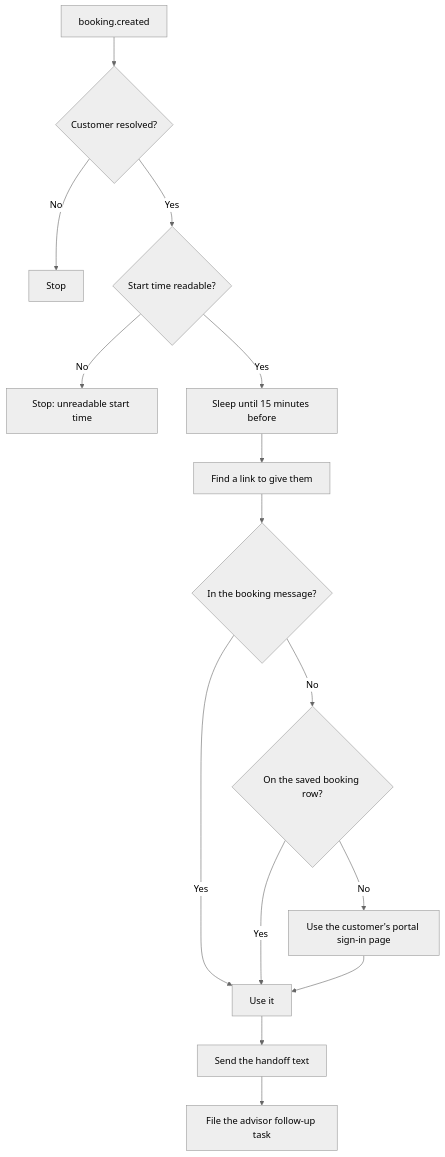
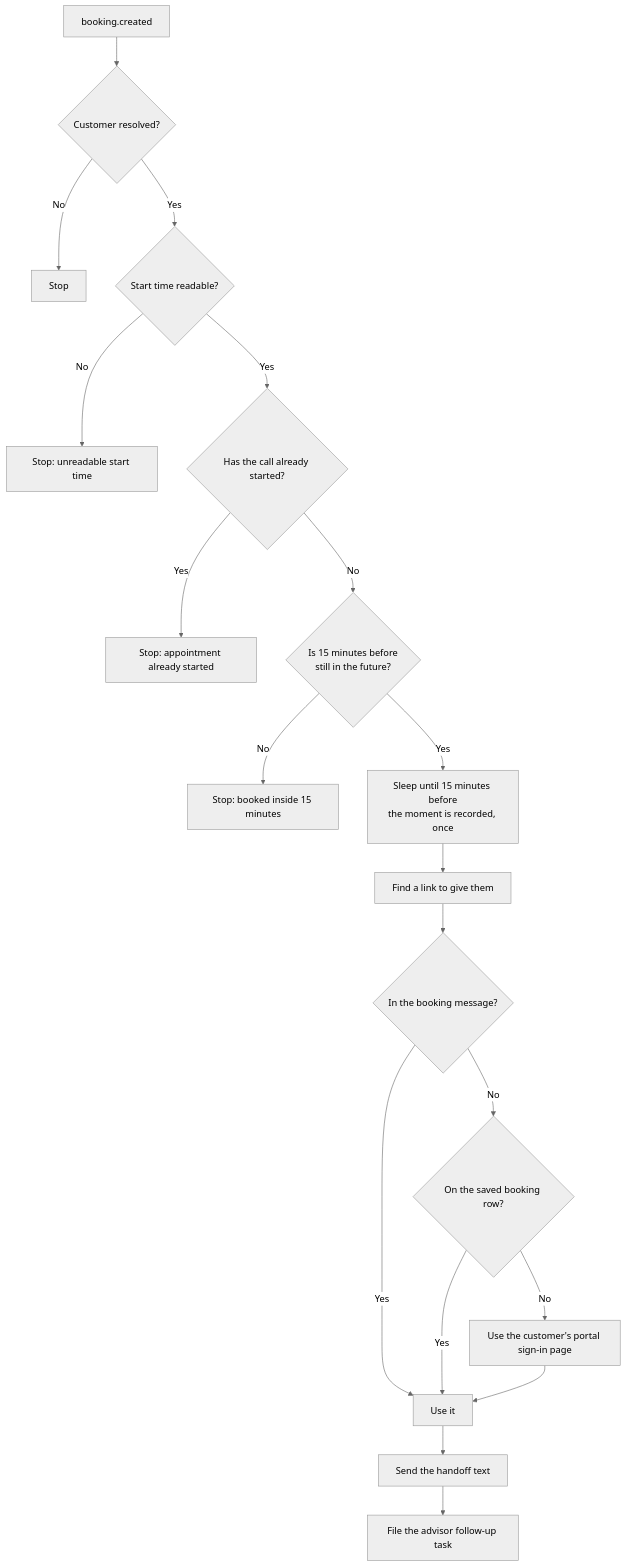
The fourth of 4 diagrams in docs/journeys/booking-notifications-flow.md (ZootimusMaximusSupreme/Fundhub_ai), drawn with Mermaid (neutral theme) before and after one commit. The commit also changed other lines of this file and 8 other files, not shown here.

````diff
--- a/docs/journeys/booking-notifications-flow.md
+++ b/docs/journeys/booking-notifications-flow.md
@@ -163,17 +175,21 @@
 ```mermaid
 flowchart TD
     B[booking.created] --> C{Customer resolved?}
     C -->|No| S0[Stop]
     C -->|Yes| ST{Start time readable?}
     ST -->|No| S1[Stop: unreadable start time]
-    ST -->|Yes| W[Sleep until 15 minutes before]
+    ST -->|Yes| PAST{Has the call already started?}
+    PAST -->|Yes| S2[Stop: appointment already started]
+    PAST -->|No| NEAR{Is 15 minutes before<br/>still in the future?}
+    NEAR -->|No| S3[Stop: booked inside 15 minutes]
+    NEAR -->|Yes| W[Sleep until 15 minutes before<br/>the moment is recorded, once]
     W --> L[Find a link to give them]
     L --> L1{In the booking message?}
     L1 -->|Yes| USE[Use it]
     L1 -->|No| L2{On the saved booking row?}
     L2 -->|Yes| USE
     L2 -->|No| L3[Use the customer's portal sign-in page]
     L3 --> USE
     USE --> TXT[Send the handoff text]
     TXT --> TASK[File the advisor follow-up task]
 ```
````
